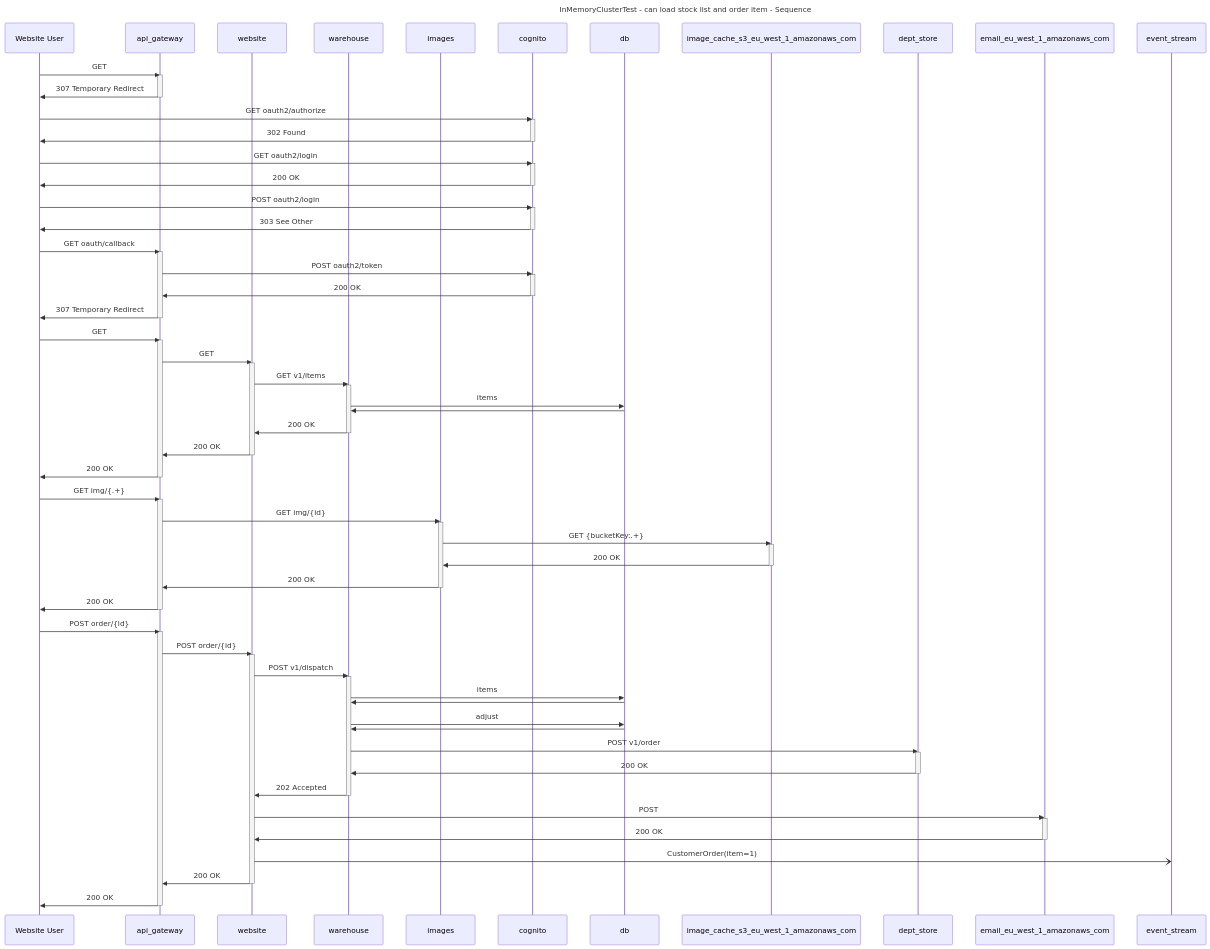
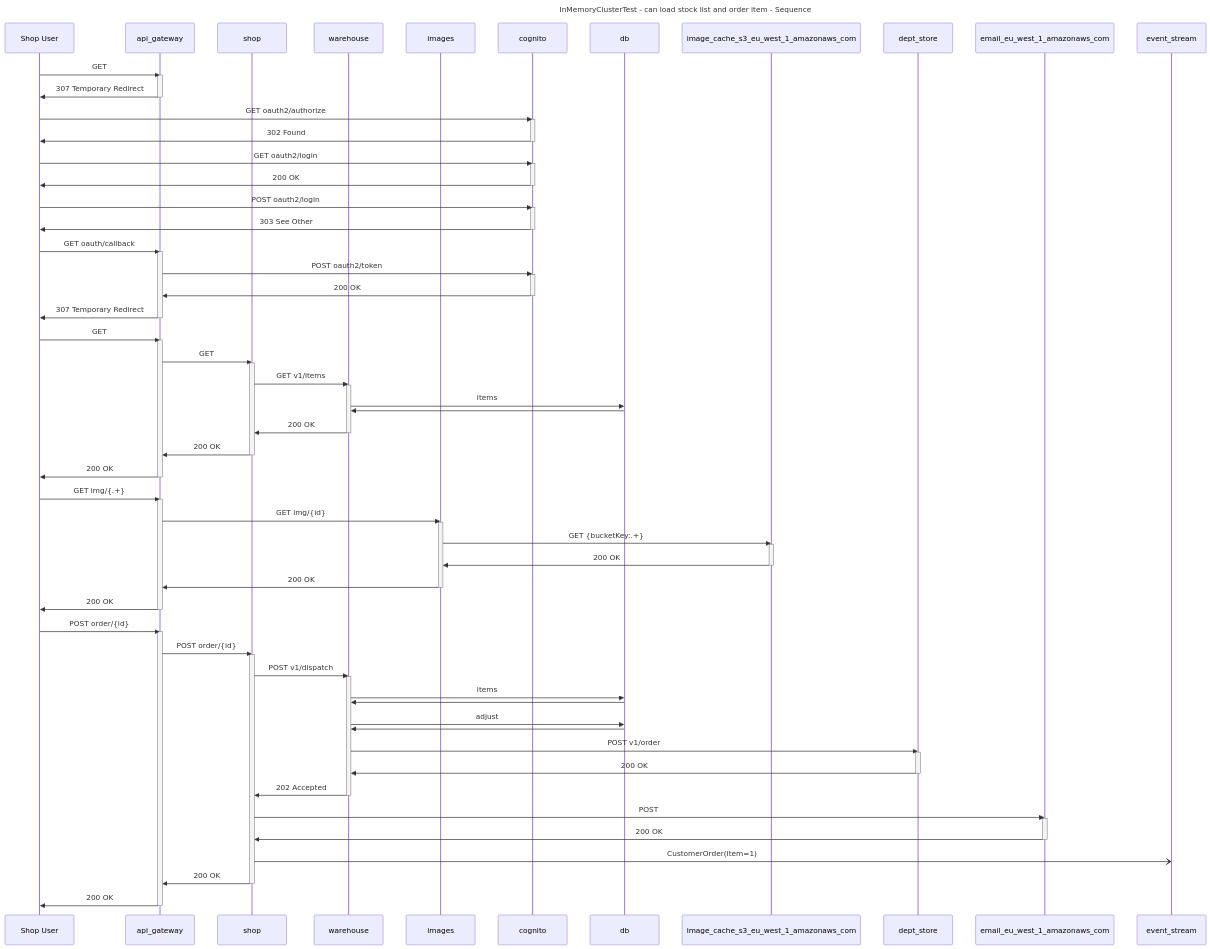
One commit to http4k/exploring-the-testing-hyperpyramid changed the first of 2 diagrams in .presentation/.generated/InMemoryClusterTest - can load stock list and order item.md. Above: the diagram before and after it, drawn with Mermaid. The commit also changed other lines of this file and 9 other files, not shown here.

Commit message:
rework diagrams

````diff
--- a/.presentation/.generated/InMemoryClusterTest - can load stock list and order item.md
+++ b/.presentation/.generated/InMemoryClusterTest - can load stock list and order item.md
@@ -2,9 +2,9 @@
 ```mermaid
 sequenceDiagram
     title InMemoryClusterTest - can load stock list and order item - Sequence
-    participant Website User
+    participant Shop User
 	participant api_gateway
-	participant website
+	participant shop
 	participant warehouse
 	participant images
 	participant cognito
@@ -14,35 +14,35 @@
 	participant email_eu_west_1_amazonaws_com
 	participant event_stream
 
-    Website User->>api_gateway: GET 
+    Shop User->>api_gateway: GET 
     activate api_gateway
     
-    api_gateway->>Website User: 307 Temporary Redirect
+    api_gateway->>Shop User: 307 Temporary Redirect
     deactivate api_gateway
     
 	
-    Website User->>cognito: GET oauth2/authorize
+    Shop User->>cognito: GET oauth2/authorize
     activate cognito
     
-    cognito->>Website User: 302 Found
+    cognito->>Shop User: 302 Found
     deactivate cognito
     
 	
-    Website User->>cognito: GET oauth2/login
+    Shop User->>cognito: GET oauth2/login
     activate cognito
     
-    cognito->>Website User: 200 OK
+    cognito->>Shop User: 200 OK
     deactivate cognito
     
 	
-    Website User->>cognito: POST oauth2/login
+    Shop User->>cognito: POST oauth2/login
     activate cognito
     
-    cognito->>Website User: 303 See Other
+    cognito->>Shop User: 303 See Other
     deactivate cognito
     
 	
-    Website User->>api_gateway: GET oauth/callback
+    Shop User->>api_gateway: GET oauth/callback
     activate api_gateway
     
     api_gateway->>cognito: POST oauth2/token
@@ -51,34 +51,34 @@
     cognito->>api_gateway: 200 OK
     deactivate cognito
     
-    api_gateway->>Website User: 307 Temporary Redirect
+    api_gateway->>Shop User: 307 Temporary Redirect
     deactivate api_gateway
     
 	
-    Website User->>api_gateway: GET 
+    Shop User->>api_gateway: GET 
     activate api_gateway
     
-    api_gateway->>website: GET 
-    activate website
+    api_gateway->>shop: GET 
+    activate shop
     
-    website->>warehouse: GET v1/items
+    shop->>warehouse: GET v1/items
     activate warehouse
     
     warehouse->>db: items
     
     db->>warehouse: 
     
-    warehouse->>website: 200 OK
+    warehouse->>shop: 200 OK
     deactivate warehouse
     
-    website->>api_gateway: 200 OK
-    deactivate website
+    shop->>api_gateway: 200 OK
+    deactivate shop
     
-    api_gateway->>Website User: 200 OK
+    api_gateway->>Shop User: 200 OK
     deactivate api_gateway
     
 	
-    Website User->>api_gateway: GET img/{.+}
+    Shop User->>api_gateway: GET img/{.+}
     activate api_gateway
     
     api_gateway->>images: GET img/{id}
@@ -93,17 +93,17 @@
     images->>api_gateway: 200 OK
     deactivate images
     
-    api_gateway->>Website User: 200 OK
+    api_gateway->>Shop User: 200 OK
     deactivate api_gateway
     
 	
-    Website User->>api_gateway: POST order/{id}
+    Shop User->>api_gateway: POST order/{id}
     activate api_gateway
     
-    api_gateway->>website: POST order/{id}
-    activate website
+    api_gateway->>shop: POST order/{id}
+    activate shop
     
-    website->>warehouse: POST v1/dispatch
+    shop->>warehouse: POST v1/dispatch
     activate warehouse
     
     warehouse->>db: items
@@ -122,24 +122,24 @@
     dept_store->>warehouse: 200 OK
     deactivate dept_store
     
-    warehouse->>website: 202 Accepted
+    warehouse->>shop: 202 Accepted
     deactivate warehouse
     
 	
-    website->>email_eu_west_1_amazonaws_com: POST 
+    shop->>email_eu_west_1_amazonaws_com: POST 
     activate email_eu_west_1_amazonaws_com
     
-    email_eu_west_1_amazonaws_com->>website: 200 OK
+    email_eu_west_1_amazonaws_com->>shop: 200 OK
     deactivate email_eu_west_1_amazonaws_com
     
 	
-    website-)event_stream: CustomerOrder(item=1)
+    shop-)event_stream: CustomerOrder(item=1)
     
     
-    website->>api_gateway: 200 OK
-    deactivate website
+    shop->>api_gateway: 200 OK
+    deactivate shop
     
-    api_gateway->>Website User: 200 OK
+    api_gateway->>Shop User: 200 OK
     deactivate api_gateway
     
 ```
````
